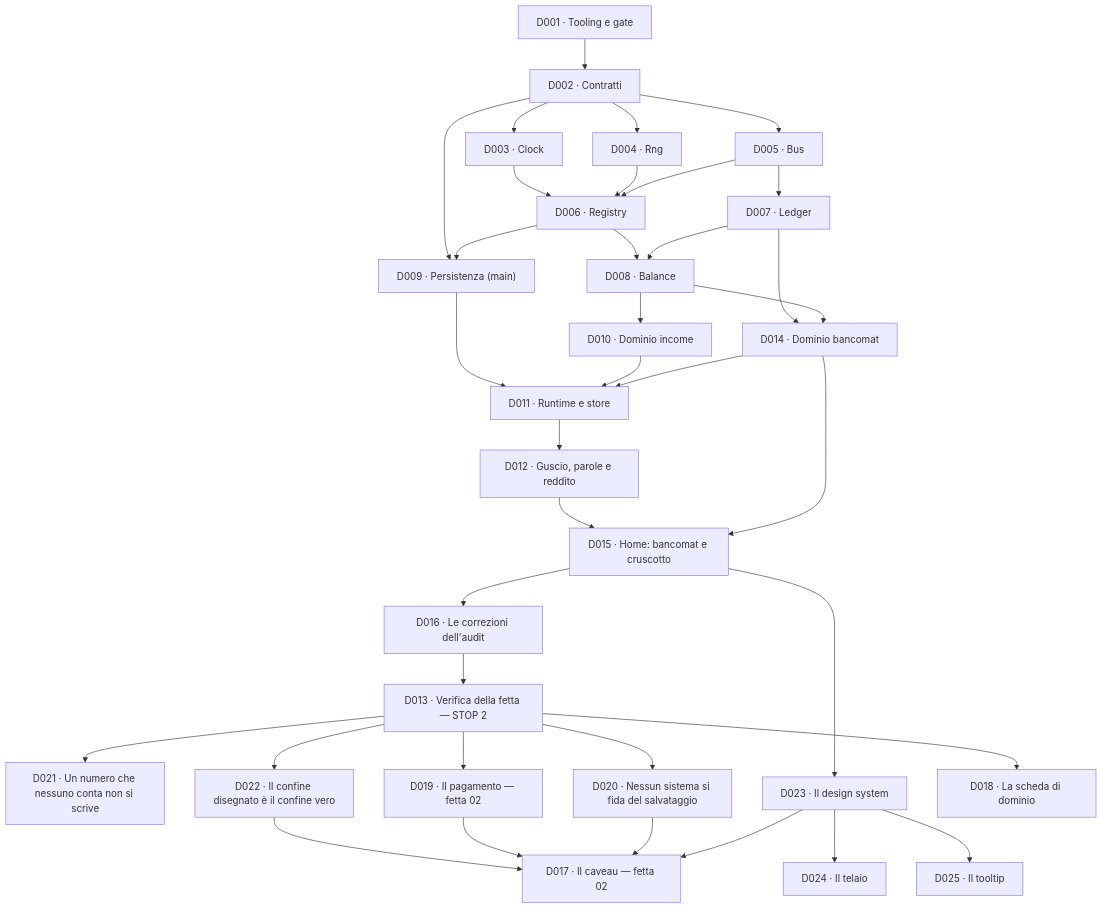
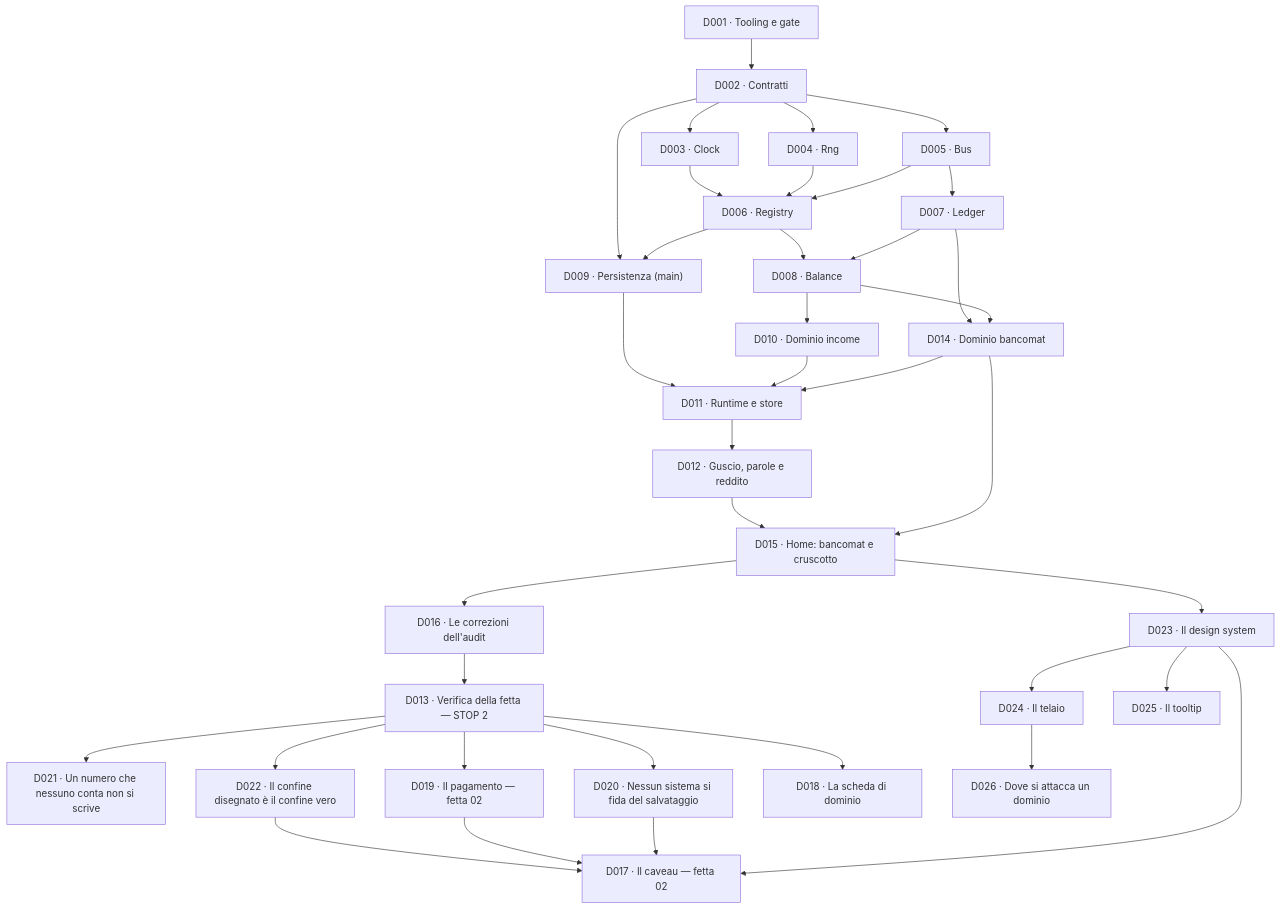
One commit to devfrx/solvent changed the diagram in docs/delega/README.md. Above: the diagram before and after it, drawn with Mermaid. The commit also changed other lines of this file and 4 other files, not shown here.

````diff
--- a/docs/delega/README.md
+++ b/docs/delega/README.md
@@ -74,38 +74,39 @@
 ```mermaid
 flowchart TD
   D001["D001 · Tooling e gate"] --> D002["D002 · Contratti"]
   D002 --> D003["D003 · Clock"]
   D002 --> D004["D004 · Rng"]
   D002 --> D005["D005 · Bus"]
   D003 --> D006["D006 · Registry"]
   D004 --> D006
   D005 --> D006
   D005 --> D007["D007 · Ledger"]
   D006 --> D008["D008 · Balance"]
   D007 --> D008
   D002 --> D009["D009 · Persistenza (main)"]
   D006 --> D009
   D008 --> D010["D010 · Dominio income"]
   D007 --> D014["D014 · Dominio bancomat"]
   D008 --> D014
   D009 --> D011["D011 · Runtime e store"]
   D010 --> D011
   D014 --> D011
   D011 --> D012["D012 · Guscio, parole e reddito"]
   D012 --> D015["D015 · Home: bancomat e cruscotto"]
   D014 --> D015
   D015 --> D016["D016 · Le correzioni dell'audit"]
   D016 --> D013["D013 · Verifica della fetta — STOP 2"]
   D013 --> D021["D021 · Un numero che nessuno conta non si scrive"]
   D013 --> D022["D022 · Il confine disegnato è il confine vero"]
   D022 --> D017
   D013 --> D019["D019 · Il pagamento — fetta 02"]
   D013 --> D020["D020 · Nessun sistema si fida del salvataggio"]
   D015 --> D023["D023 · Il design system"]
   D019 --> D017["D017 · Il caveau — fetta 02"]
   D020 --> D017
   D023 --> D017
   D013 --> D018["D018 · La scheda di dominio"]
   D023 --> D024["D024 · Il telaio"]
   D023 --> D025["D025 · Il tooltip"]
+  D024 --> D026["D026 · Dove si attacca un dominio"]
 ```
````
